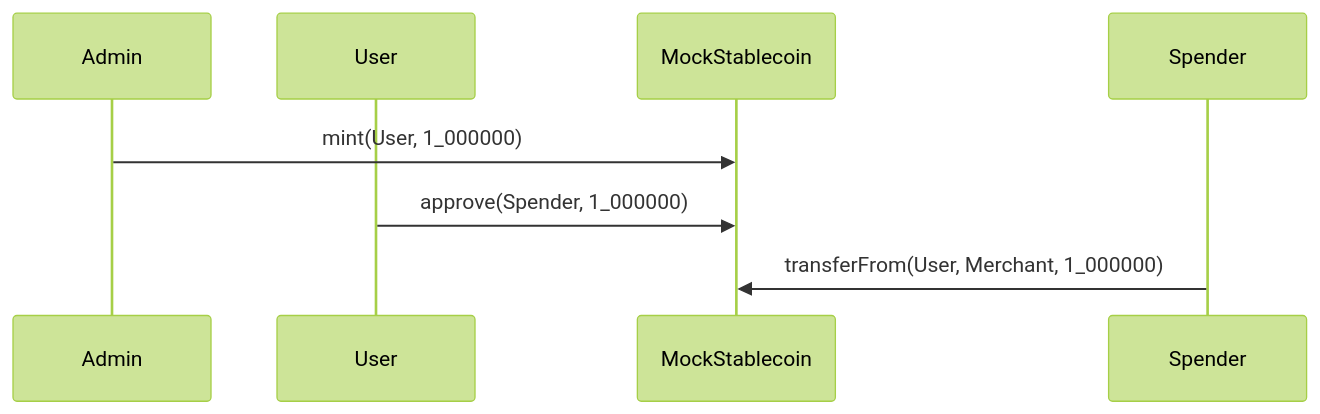
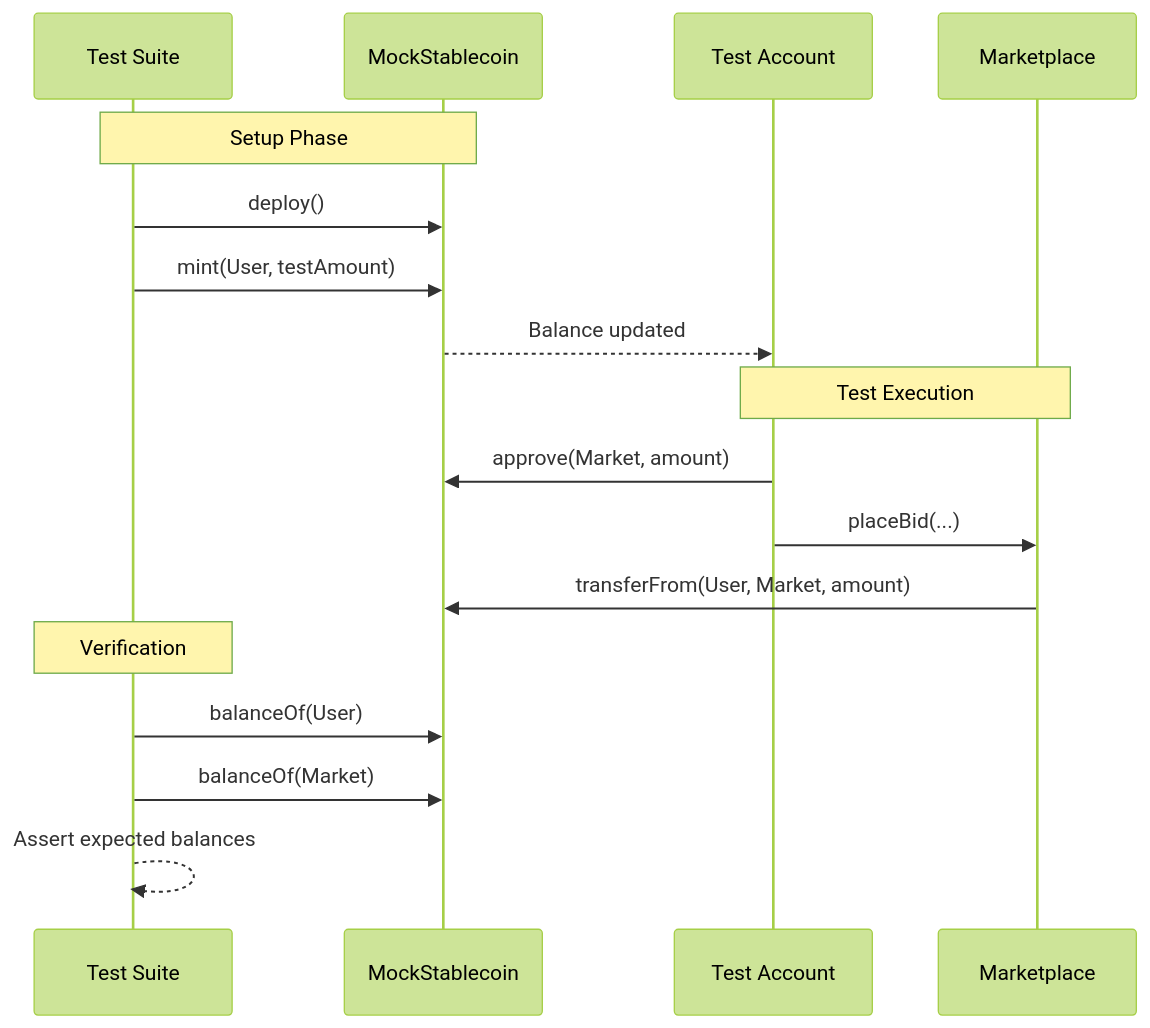
Before and after one commit to faas-tech/space-markets: the first of 3 diagrams in docs/contract-specific/MockStablecoin.md, drawn with Mermaid (forest theme). The commit also changed other lines of this file and 14 other files, not shown here.

````diff
--- a/docs/contract-specific/MockStablecoin.md
+++ b/docs/contract-specific/MockStablecoin.md
@@ -28,10 +106,22 @@
 ```mermaid
 sequenceDiagram
-  participant Admin
-  participant User
-  participant S as MockStablecoin
+    participant Test as Test Suite
+    participant Mock as MockStablecoin
+    participant User as Test Account
+    participant Market as Marketplace
 
-  Admin->>S: mint(User, 1_000000)
-  User->>S: approve(Spender, 1_000000)
-  Spender->>S: transferFrom(User, Merchant, 1_000000)
+    Note over Test, Mock: Setup Phase
+    Test->>Mock: deploy()
+    Test->>Mock: mint(User, testAmount)
+    Mock-->>User: Balance updated
+
+    Note over User, Market: Test Execution
+    User->>Mock: approve(Market, amount)
+    User->>Market: placeBid(...)
+    Market->>Mock: transferFrom(User, Market, amount)
+
+    Note over Test: Verification
+    Test->>Mock: balanceOf(User)
+    Test->>Mock: balanceOf(Market)
+    Test-->>Test: Assert expected balances
 ```
````
